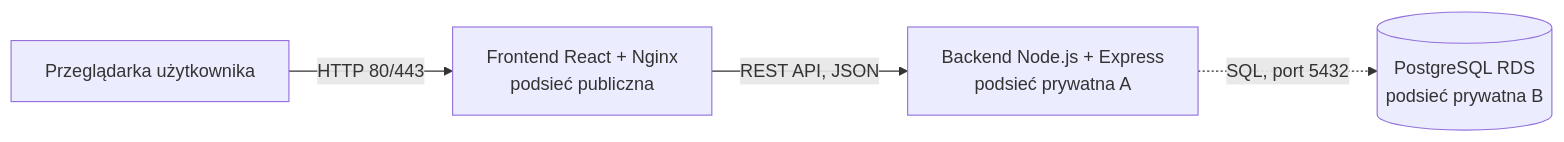
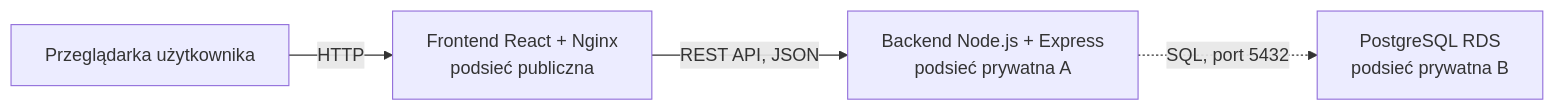
One commit to okTopek/taskflow-aws changed the diagram in README.md. Above: the diagram before and after it, drawn with Mermaid. The commit also changed other lines of this file, not shown here.

Commit message:
Blok 6: poprawka diagramu Mermaid i status w harmonogramie

````diff
--- a/README.md
+++ b/README.md
@@ -74,6 +74,6 @@
 ```mermaid
 flowchart LR
-    U[Przeglądarka użytkownika] -->|HTTP 80/443| W[Frontend React + Nginx<br/>podsieć publiczna]
-    W -->|REST API, JSON| A[Backend Node.js + Express<br/>podsieć prywatna A]
-    A -.->|SQL, port 5432| D[(PostgreSQL RDS<br/>podsieć prywatna B)]
+    U["Przeglądarka użytkownika"] -->|"HTTP"| W["Frontend React + Nginx<br/>podsieć publiczna"]
+    W -->|"REST API, JSON"| A["Backend Node.js + Express<br/>podsieć prywatna A"]
+    A -.->|"SQL, port 5432"| D["PostgreSQL RDS<br/>podsieć prywatna B"]
 ```
````
